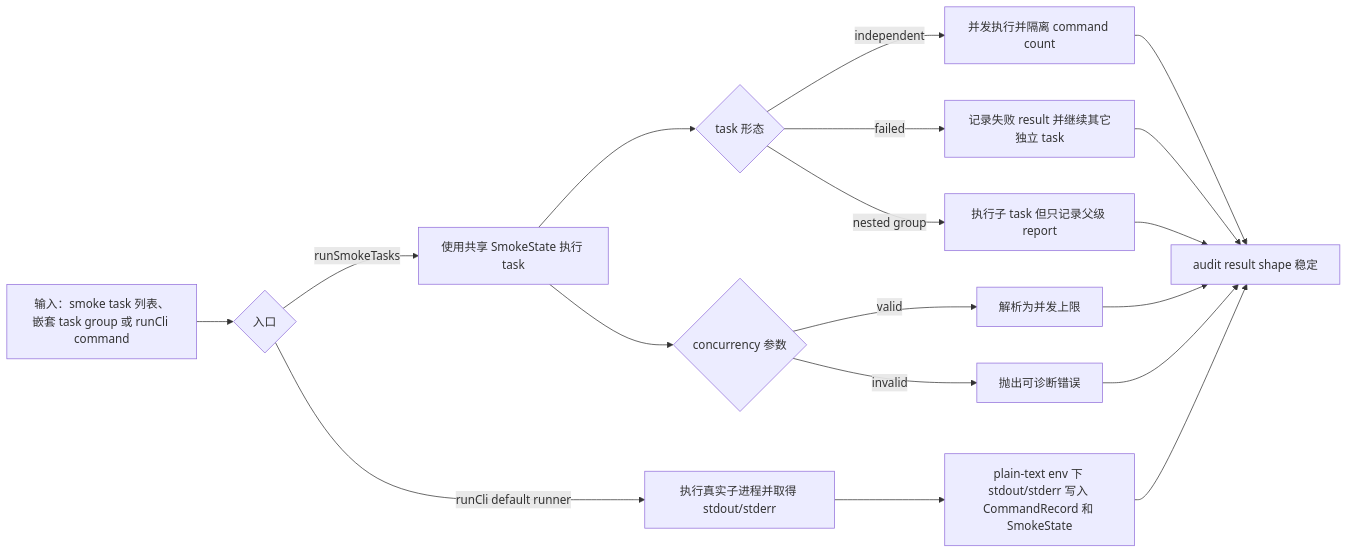
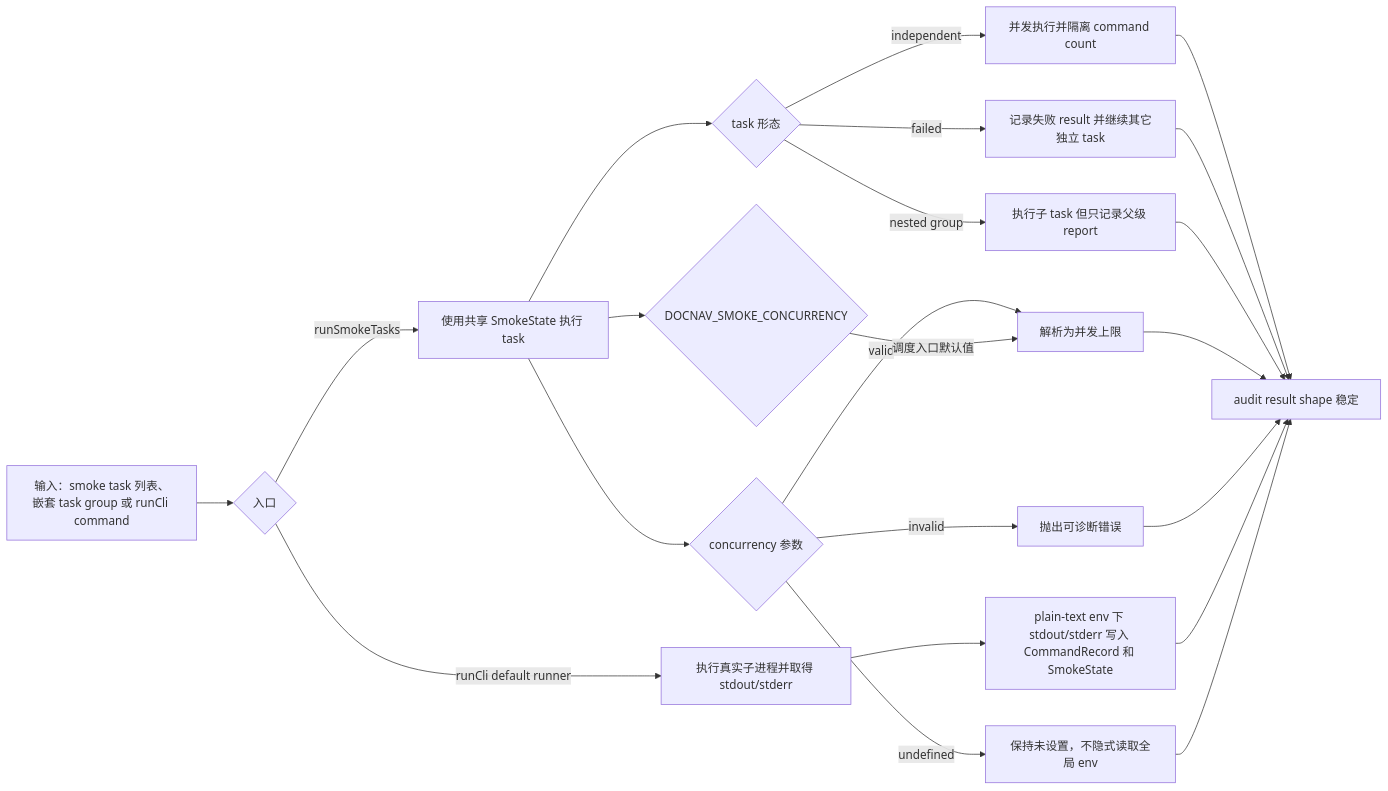
Before and after one commit to zxyycom/docnav: the fifth of 8 diagrams in docs/testing/cases.md, drawn with Mermaid. The commit also changed other lines of this file and 3 other files, not shown here.

````diff
--- a/docs/testing/cases.md
+++ b/docs/testing/cases.md
@@ -871,20 +872,24 @@
 ```mermaid
 flowchart LR
   A["输入：smoke task 列表、嵌套 task group 或 runCli command"] --> B{"入口"}
   B -->|"runSmokeTasks"| C["使用共享 SmokeState 执行 task"]
   B -->|"runCli default runner"| K["执行真实子进程并取得 stdout/stderr"]
   C --> D{"task 形态"}
   D -->|"independent"| E["并发执行并隔离 command count"]
   D -->|"failed"| F["记录失败 result 并继续其它独立 task"]
   D -->|"nested group"| G["执行子 task 但只记录父级 report"]
   C --> H{"concurrency 参数"}
   H -->|"valid"| I["解析为并发上限"]
   H -->|"invalid"| J["抛出可诊断错误"]
+  H -->|"undefined"| N["保持未设置，不隐式读取全局 env"]
+  C --> O{"DOCNAV_SMOKE_CONCURRENCY"}
+  O -->|"调度入口默认值"| I
   K --> L["plain-text env 下 stdout/stderr 写入 CommandRecord 和 SmokeState"]
   E --> M["audit result shape 稳定"]
   F --> M
   G --> M
   I --> M
   J --> M
   L --> M
+  N --> M
 ```
````
